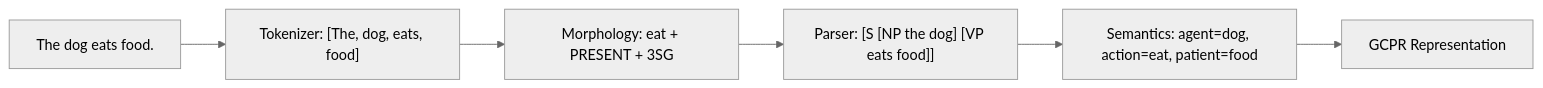
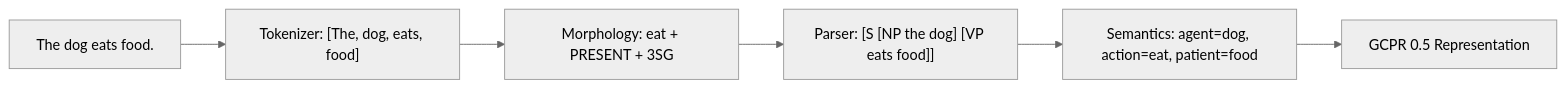
The third of 3 diagrams in README.md (sailoht/GILLM-Genius-Intelligence-Language-Learning-Model-), drawn with Mermaid (neutral theme) before and after one commit. The commit also changed other lines of this file and 25 other files, not shown here.

````diff
--- a/README.md
+++ b/README.md
@@ -290,8 +328,8 @@
 ```mermaid
 graph LR
     User["The dog eats food."] --> Tok["Tokenizer: [The, dog, eats, food]"]
     Tok --> Morph["Morphology: eat + PRESENT + 3SG"]
     Morph --> Parse["Parser: [S [NP the dog] [VP eats food]]"]
     Parse --> Sem["Semantics: agent=dog, action=eat, patient=food"]
-    Sem --> GCPR["GCPR Representation"]
+    Sem --> GCPR["GCPR 0.5 Representation"]
 ```
````
